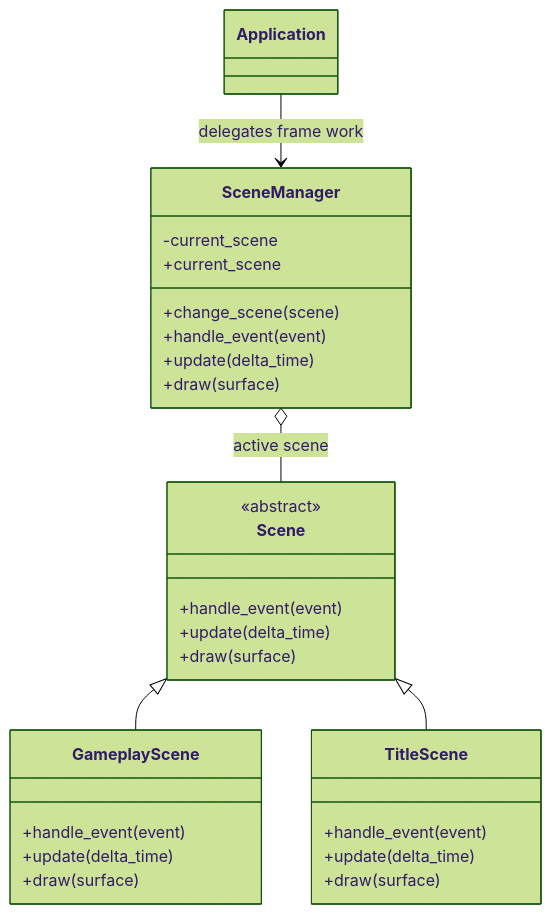
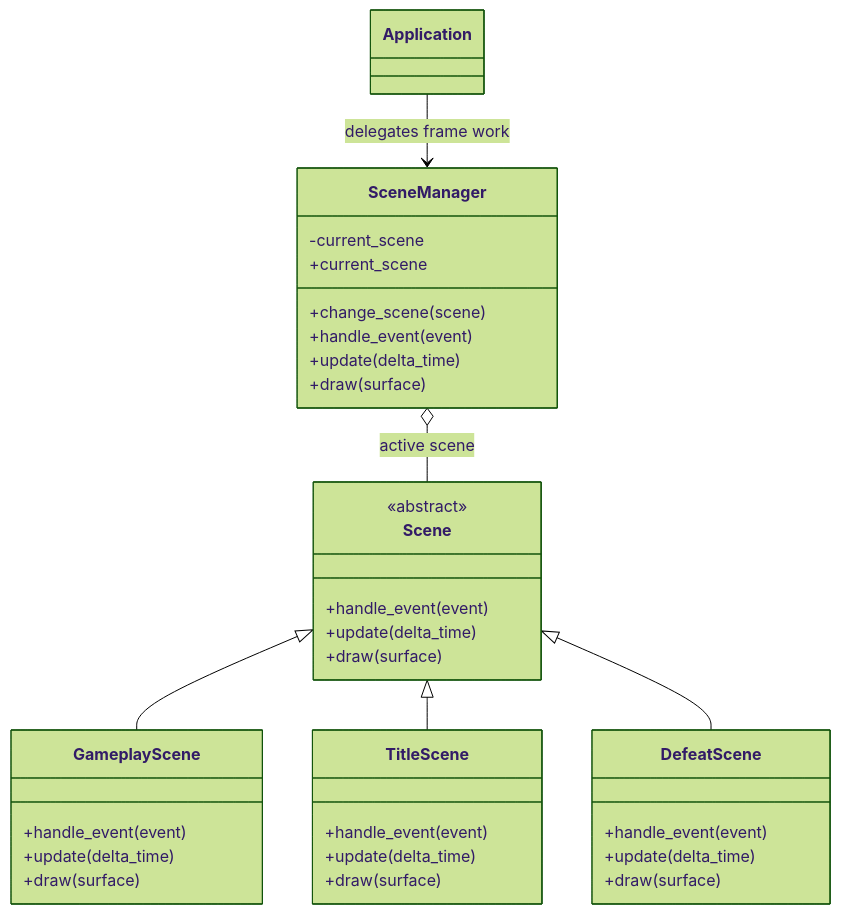
One commit to VincentMardon/my_first_adventure_game changed the diagram in docs/architecture/scenes.md. Above: the diagram before and after it, drawn with Mermaid (forest theme). The commit also changed other lines of this file and 9 other files, not shown here.

Commit message:
feat(scene):add player defeat screen

````diff
--- a/docs/architecture/scenes.md
+++ b/docs/architecture/scenes.md
@@ -76,35 +76,42 @@
 ```mermaid
 classDiagram
     class Scene {
         <<abstract>>
         +handle_event(event)
         +update(delta_time)
         +draw(surface)
     }
 
     class SceneManager {
         -current_scene
         +current_scene
         +change_scene(scene)
         +handle_event(event)
         +update(delta_time)
         +draw(surface)
     }
 
     class GameplayScene {
         +handle_event(event)
         +update(delta_time)
         +draw(surface)
     }
 
     class TitleScene {
         +handle_event(event)
         +update(delta_time)
         +draw(surface)
     }
 
+    class DefeatScene {
+        +handle_event(event)
+        +update(delta_time)
+        +draw(surface)
+    }
+
     SceneManager o-- Scene : active scene
     Scene <|-- GameplayScene
     Scene <|-- TitleScene
+    Scene <|-- DefeatScene
     Application --> SceneManager : delegates frame work
 ```
````
